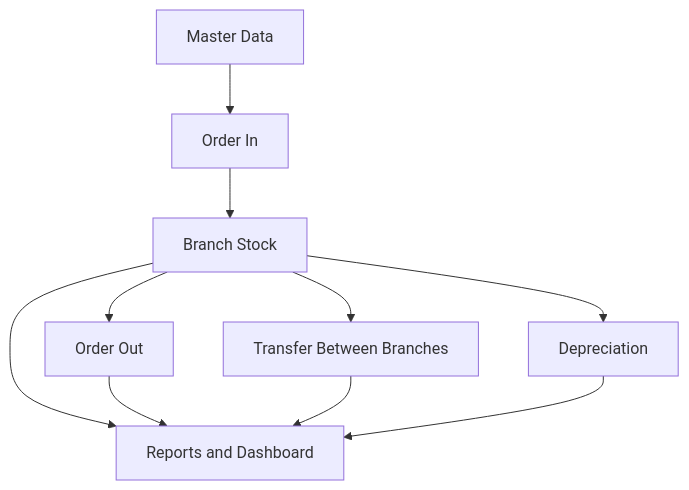
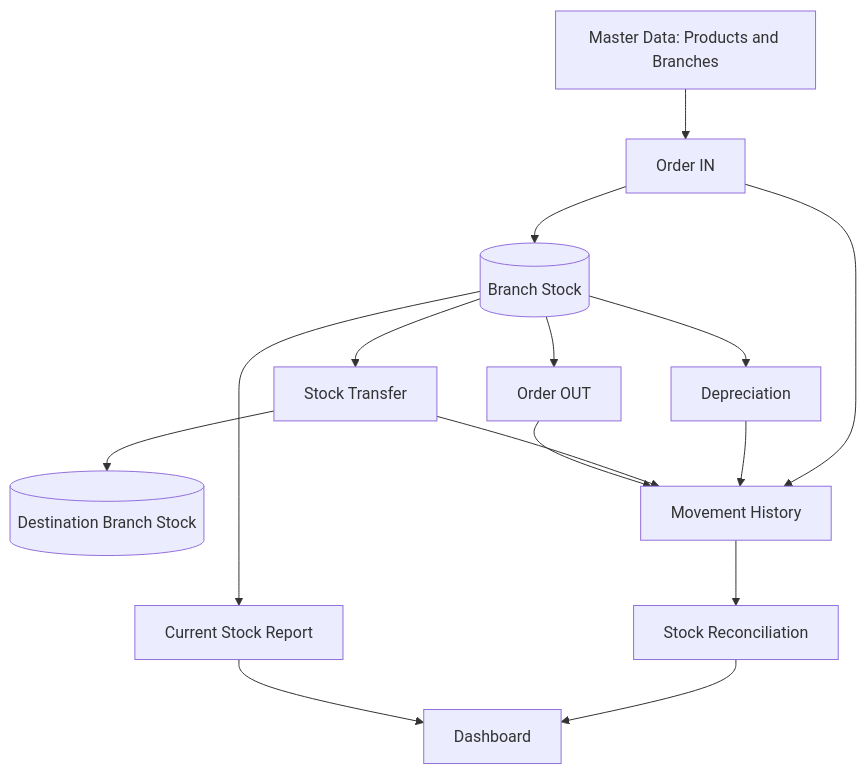
One commit to MohamedKhaled6297/Inventory-Management-System changed the diagram in README.md. Above: the diagram before and after it, drawn with Mermaid. The commit also changed other lines of this file and 7 other files, not shown here.

````diff
--- a/README.md
+++ b/README.md
@@ -43,12 +49,17 @@
 ```mermaid
 flowchart TD
-    A[Master Data] --> B[Order In]
-    B --> C[Branch Stock]
-    C --> D[Order Out]
-    C --> E[Transfer Between Branches]
+    A[Master Data: Products and Branches] --> B[Order IN]
+    B --> C[(Branch Stock)]
+    C --> D[Order OUT]
+    C --> E[Stock Transfer]
     C --> F[Depreciation]
-    C --> G[Reports and Dashboard]
-    D --> G
-    E --> G
-    F --> G
+    E --> G[(Destination Branch Stock)]
+    C --> H[Current Stock Report]
+    D --> I[Movement History]
+    E --> I
+    F --> I
+    B --> I
+    I --> J[Stock Reconciliation]
+    H --> K[Dashboard]
+    J --> K
 ```
````
